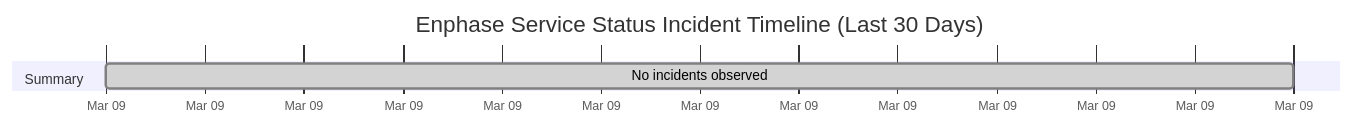
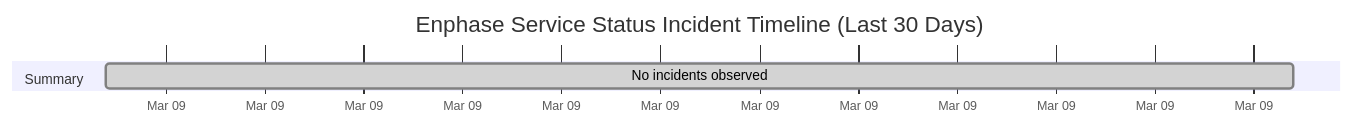
One commit to barneyonline/ha-enphase-ev-charger changed the diagram in wiki/Service-Status-History.md. Above: the diagram before and after it, drawn with Mermaid. The commit also changed other lines of this file and 3 other files, not shown here.

````diff
--- a/wiki/Service-Status-History.md
+++ b/wiki/Service-Status-History.md
@@ -14,8 +14,8 @@
 ```mermaid
 gantt
     title Enphase Service Status Incident Timeline (Last 30 Days)
     dateFormat  YYYY-MM-DDTHH:mm:ss
     axisFormat  %b %d
     section Summary
-    No incidents observed :done, 2026-03-09T09:38:55, 1m
+    No incidents observed :done, 2026-03-09T10:36:12, 1m
 ```
````
